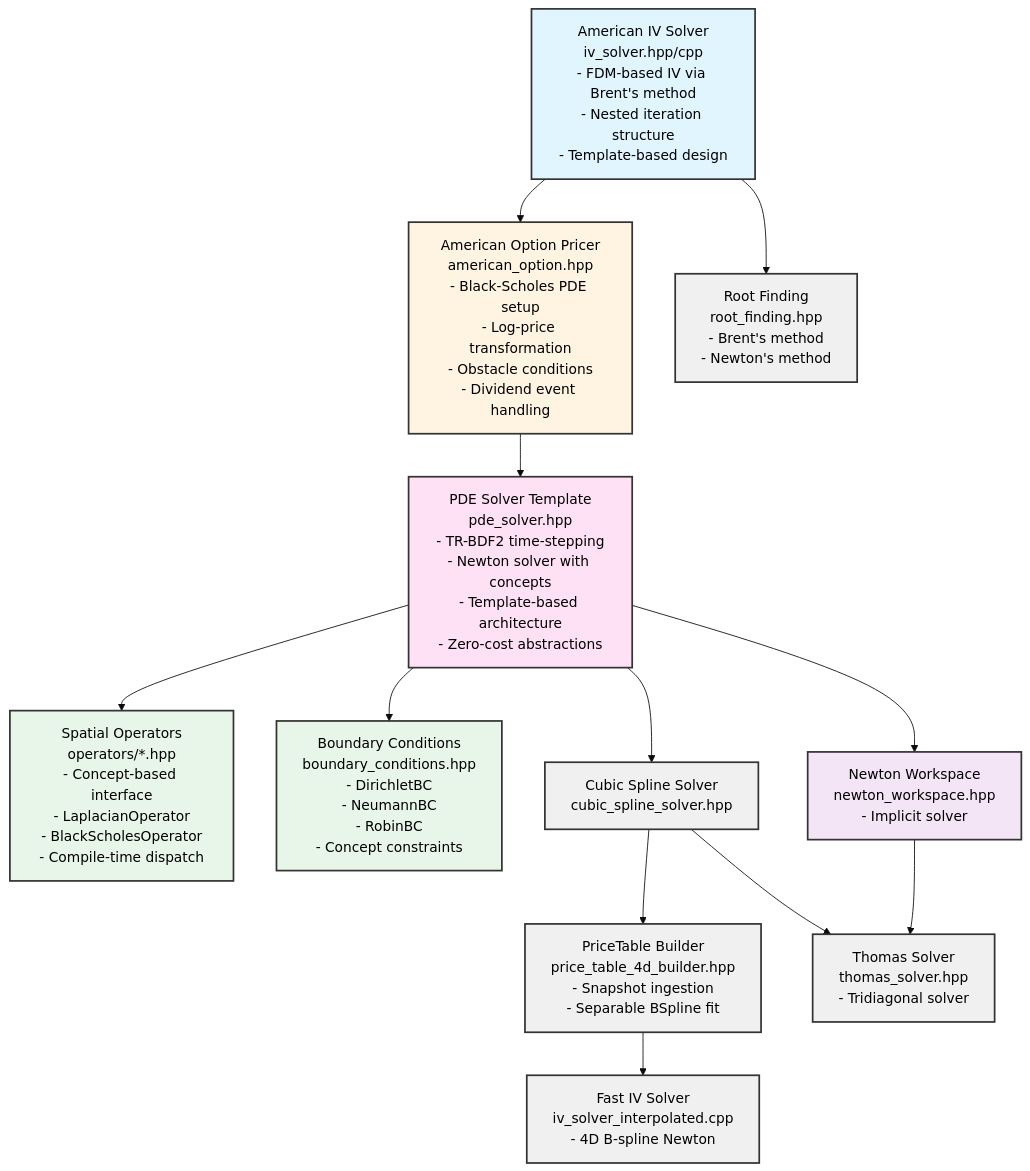
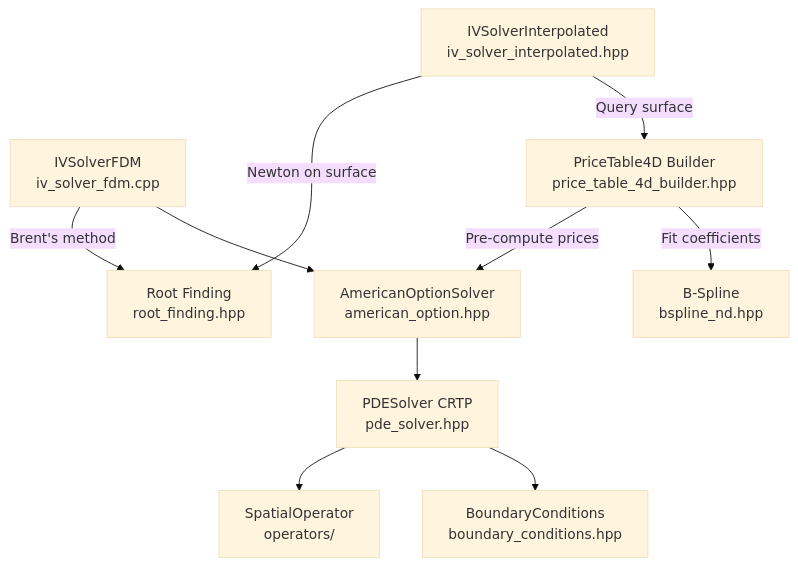
Before and after one commit to accelas/mango-option: the diagram in docs/ARCHITECTURE.md, drawn with Mermaid (base theme). The commit also changed other lines of this file and 165 other files, not shown here.

````diff
--- a/docs/ARCHITECTURE.md
+++ b/docs/ARCHITECTURE.md
@@ -21,46 +25,22 @@
 ```mermaid
 graph TD
-    IV[American IV Solver<br/>iv_solver.hpp/cpp<br/>- FDM-based IV via Brent's method<br/>- Nested iteration structure<br/>- Template-based design]
+    IV[IVSolverFDM<br/>iv_solver_fdm.cpp]
+    AO[AmericanOptionSolver<br/>american_option.hpp]
+    PDE[PDESolver CRTP<br/>pde_solver.hpp]
+    OPS[SpatialOperator<br/>operators/]
+    BC[BoundaryConditions<br/>boundary_conditions.hpp]
+    ROOT[Root Finding<br/>root_finding.hpp]
+    SPLINE[B-Spline<br/>bspline_nd.hpp]
+    PTABLE[PriceTable4D Builder<br/>price_table_4d_builder.hpp]
+    IVFAST[IVSolverInterpolated<br/>iv_solver_interpolated.hpp]
 
-    AO[American Option Pricer<br/>american_option.hpp<br/>- Black-Scholes PDE setup<br/>- Log-price transformation<br/>- Obstacle conditions<br/>- Dividend event handling]
-
-    PDE[PDE Solver Template<br/>pde_solver.hpp<br/>- TR-BDF2 time-stepping<br/>- Newton solver with concepts<br/>- Template-based architecture<br/>- Zero-cost abstractions]
-
-    OPS[Spatial Operators<br/>operators/*.hpp<br/>- Concept-based interface<br/>- LaplacianOperator<br/>- BlackScholesOperator<br/>- Compile-time dispatch]
-
-    BC[Boundary Conditions<br/>boundary_conditions.hpp<br/>- DirichletBC<br/>- NeumannBC<br/>- RobinBC<br/>- Concept constraints]
-
-    ROOT[Root Finding<br/>root_finding.hpp<br/>- Brent's method<br/>- Newton's method]
-
-    SPLINE[Cubic Spline Solver<br/>cubic_spline_solver.hpp]
-    PTABLE[PriceTable Builder<br/>price_table_4d_builder.hpp<br/>- Snapshot ingestion<br/>- Separable BSpline fit]
-    IVFAST[Fast IV Solver<br/>iv_solver_interpolated.cpp<br/>- 4D B-spline Newton]
-
-    THOMAS[Thomas Solver<br/>thomas_solver.hpp<br/>- Tridiagonal solver]
-
-    NEWTON[Newton Workspace<br/>newton_workspace.hpp<br/>- Implicit solver]
-
-    IV --> ROOT
+    IV -->|Brent's method| ROOT
     IV --> AO
     AO --> PDE
     PDE --> OPS
     PDE --> BC
-    PDE --> NEWTON
-    PDE --> SPLINE
-    SPLINE --> PTABLE
-    NEWTON --> THOMAS
-    SPLINE --> THOMAS
-    PTABLE --> IVFAST
-
-    style IV fill:#e1f5ff,stroke:#333,stroke-width:2px,color:#000
-    style AO fill:#fff4e1,stroke:#333,stroke-width:2px,color:#000
-    style PDE fill:#ffe1f5,stroke:#333,stroke-width:2px,color:#000
-    style OPS fill:#e8f5e9,stroke:#333,stroke-width:2px,color:#000
-    style BC fill:#e8f5e9,stroke:#333,stroke-width:2px,color:#000
-    style ROOT fill:#f0f0f0,stroke:#333,stroke-width:2px,color:#000
-    style SPLINE fill:#f0f0f0,stroke:#333,stroke-width:2px,color:#000
-    style PTABLE fill:#f0f0f0,stroke:#333,stroke-width:2px,color:#000
-    style IVFAST fill:#f0f0f0,stroke:#333,stroke-width:2px,color:#000
-    style THOMAS fill:#f0f0f0,stroke:#333,stroke-width:2px,color:#000
-    style NEWTON fill:#f3e5f5,stroke:#333,stroke-width:2px,color:#000
+    PTABLE -->|Pre-compute prices| AO
+    PTABLE -->|Fit coefficients| SPLINE
+    IVFAST -->|Newton on surface| ROOT
+    IVFAST -->|Query surface| PTABLE
 ```
````
